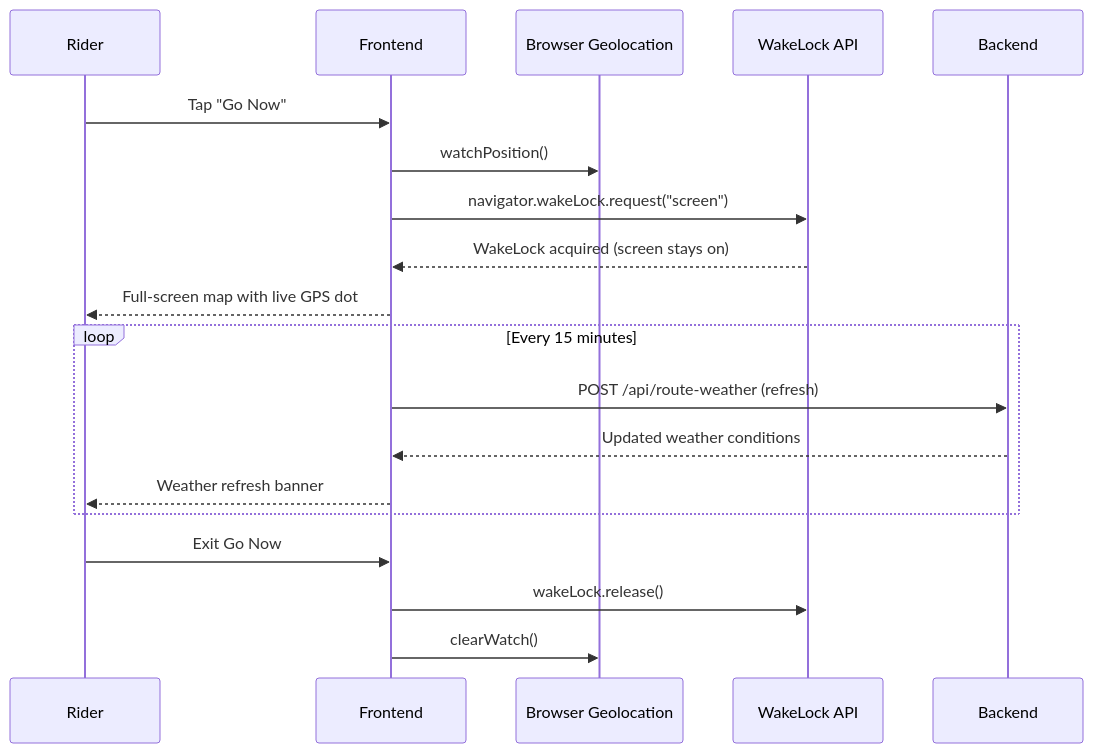
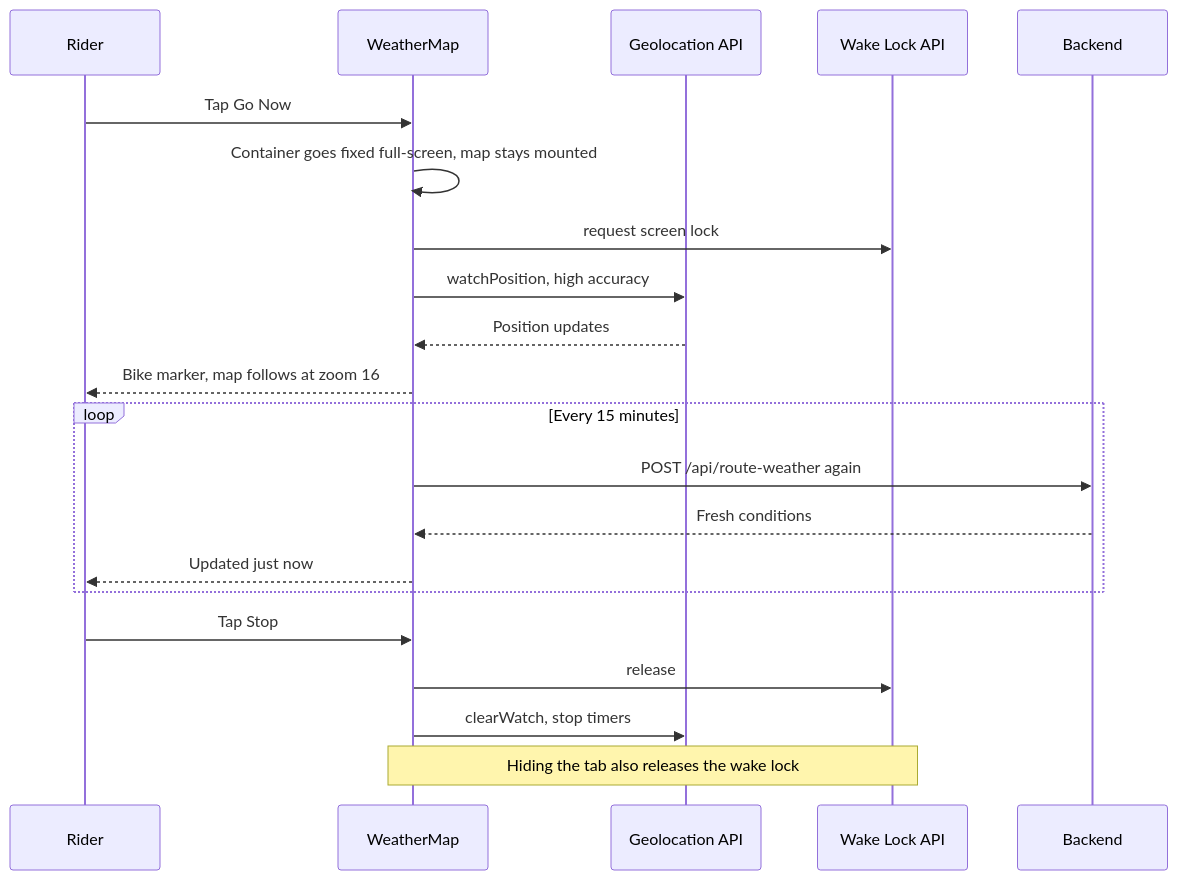
Diagram 15 of 17 in portfolio-react/public/docs/redahluhh.md (snsyaqirah/snsyaqirah.github.io), drawn with Mermaid before and after one commit. The commit also changed other lines of this file and 101 other files, not shown here.

````diff
--- a/portfolio-react/public/docs/redahluhh.md
+++ b/portfolio-react/public/docs/redahluhh.md
@@ -369,24 +456,24 @@
 ```mermaid
 sequenceDiagram
-    participant U as Rider
-    participant FE as Frontend
-    participant GPS as Browser Geolocation
-    participant WL as WakeLock API
+    participant R as Rider
+    participant FE as WeatherMap
+    participant GPS as Geolocation API
+    participant WL as Wake Lock API
     participant API as Backend
 
-    U->>FE: Tap "Go Now"
-    FE->>GPS: watchPosition()
-    FE->>WL: navigator.wakeLock.request("screen")
-    WL-->>FE: WakeLock acquired (screen stays on)
-    FE-->>U: Full-screen map with live GPS dot
-
+    R->>FE: Tap Go Now
+    FE->>FE: Container goes fixed full-screen, map stays mounted
+    FE->>WL: request screen lock
+    FE->>GPS: watchPosition, high accuracy
+    GPS-->>FE: Position updates
+    FE-->>R: Bike marker, map follows at zoom 16
     loop Every 15 minutes
-        FE->>API: POST /api/route-weather (refresh)
-        API-->>FE: Updated weather conditions
-        FE-->>U: Weather refresh banner
+        FE->>API: POST /api/route-weather again
+        API-->>FE: Fresh conditions
+        FE-->>R: Updated just now
     end
-
-    U->>FE: Exit Go Now
-    FE->>WL: wakeLock.release()
-    FE->>GPS: clearWatch()
+    R->>FE: Tap Stop
+    FE->>WL: release
+    FE->>GPS: clearWatch, stop timers
+    Note over FE,WL: Hiding the tab also releases the wake lock
 ```
````
